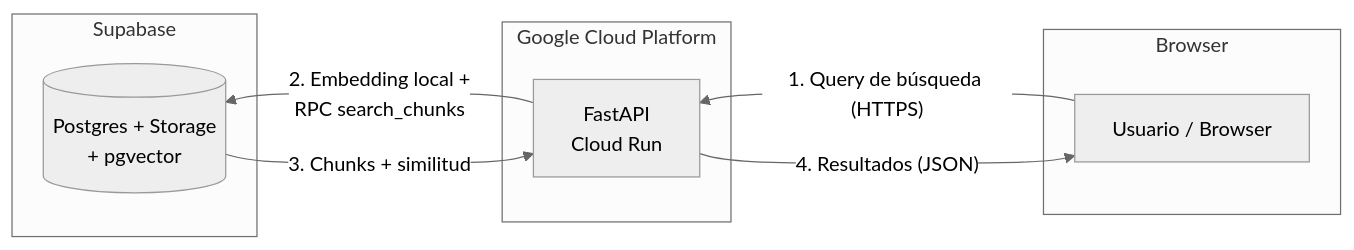
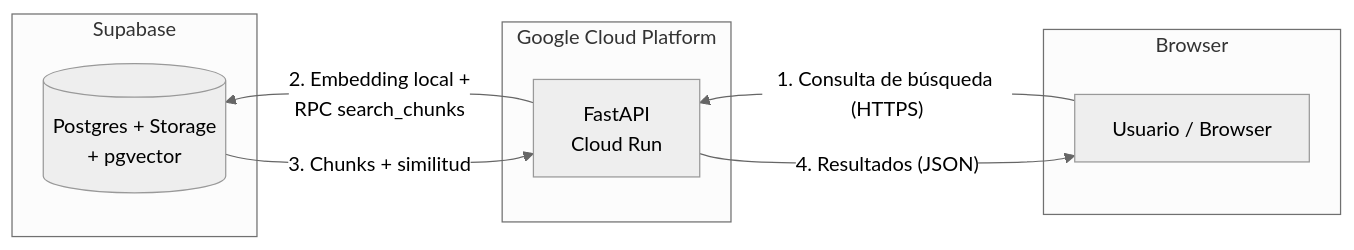
The second of 2 diagrams in README.md (renaa-m/TallerDeIntegracion_G10), drawn with Mermaid (neutral theme) before and after one commit. The commit also changed other lines of this file, not shown here.

````diff
--- a/README.md
+++ b/README.md
@@ -236,19 +236,19 @@
 ```mermaid
 graph RL
     subgraph Browser
         U[Usuario / Browser]
     end
 
     subgraph GCP ["Google Cloud Platform"]
         API[FastAPI\nCloud Run]
     end
 
     subgraph Data_platform ["Supabase"]
         SUPA[(Postgres + Storage\n+ pgvector)]
     end
 
-    U -->|"1. Query de búsqueda (HTTPS)"| API
+    U -->|"1. Consulta de búsqueda (HTTPS)"| API
     API -->|"2. Embedding local +\nRPC search_chunks"| SUPA
     SUPA -->|"3. Chunks + similitud"| API
     API -->|"4. Resultados (JSON)"| U
 ```
````
